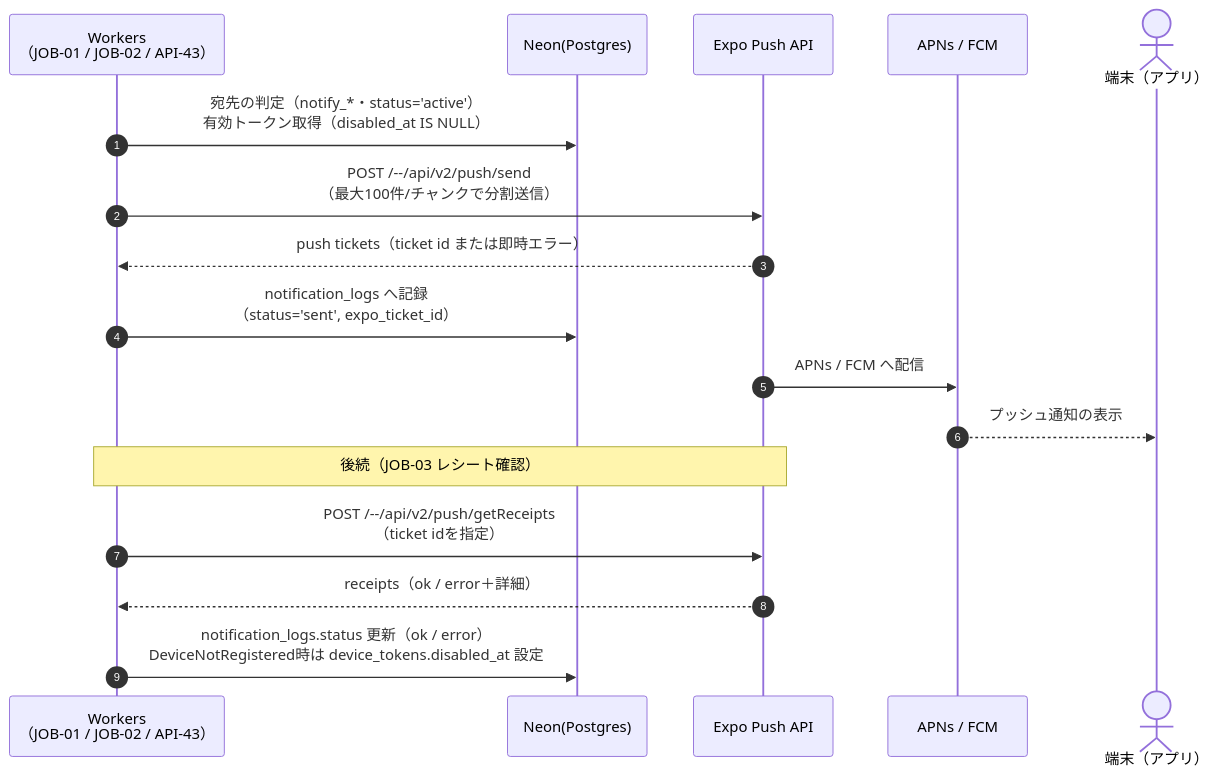
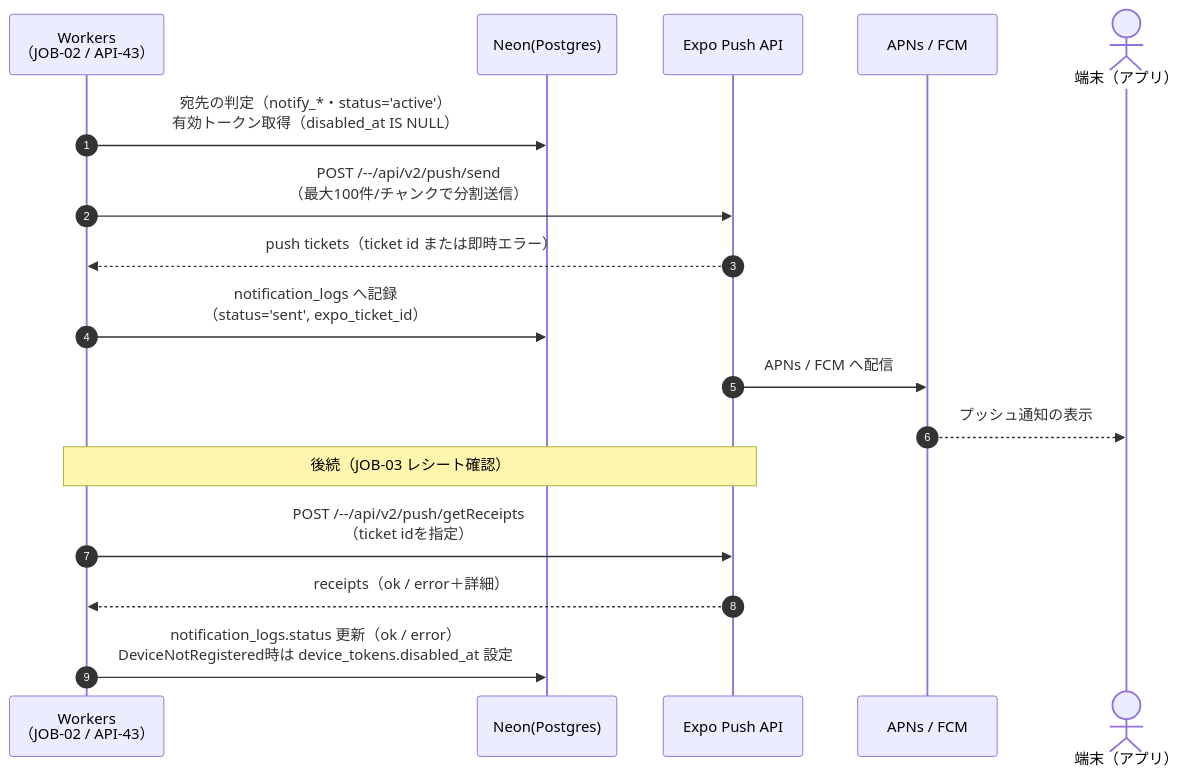
Before and after one commit to yasudaProduct/machibin: the first of 2 diagrams in docs/09_notification_design.md, drawn with Mermaid. The commit also changed other lines of this file and 11 other files, not shown here.

````diff
--- a/docs/09_notification_design.md
+++ b/docs/09_notification_design.md
@@ -204,20 +171,20 @@
 ```mermaid
 sequenceDiagram
     autonumber
-    participant Src as Workers<br/>（JOB-01 / JOB-02 / API-43）
+    participant Src as Workers<br/>（JOB-02 / API-43）
     participant DB as Neon(Postgres)
     participant Expo as Expo Push API
     participant OS as APNs / FCM
     actor Dev as 端末（アプリ）
 
     Src->>DB: 宛先の判定（notify_*・status='active'）<br/>有効トークン取得（disabled_at IS NULL）
     Src->>Expo: POST /--/api/v2/push/send<br/>（最大100件/チャンクで分割送信）
     Expo-->>Src: push tickets（ticket id または即時エラー）
     Src->>DB: notification_logs へ記録<br/>（status='sent', expo_ticket_id）
     Expo->>OS: APNs / FCM へ配信
     OS-->>Dev: プッシュ通知の表示
     Note over Src,Expo: 後続（JOB-03 レシート確認）
     Src->>Expo: POST /--/api/v2/push/getReceipts<br/>（ticket idを指定）
     Expo-->>Src: receipts（ok / error＋詳細）
     Src->>DB: notification_logs.status 更新（ok / error）<br/>DeviceNotRegistered時は device_tokens.disabled_at 設定
 ```
````
